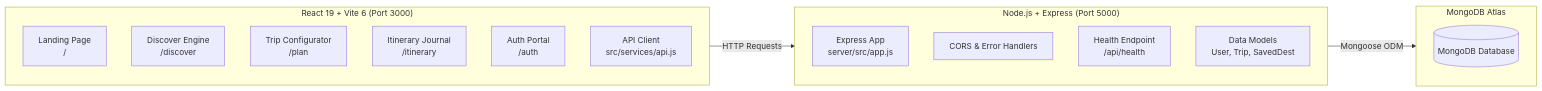
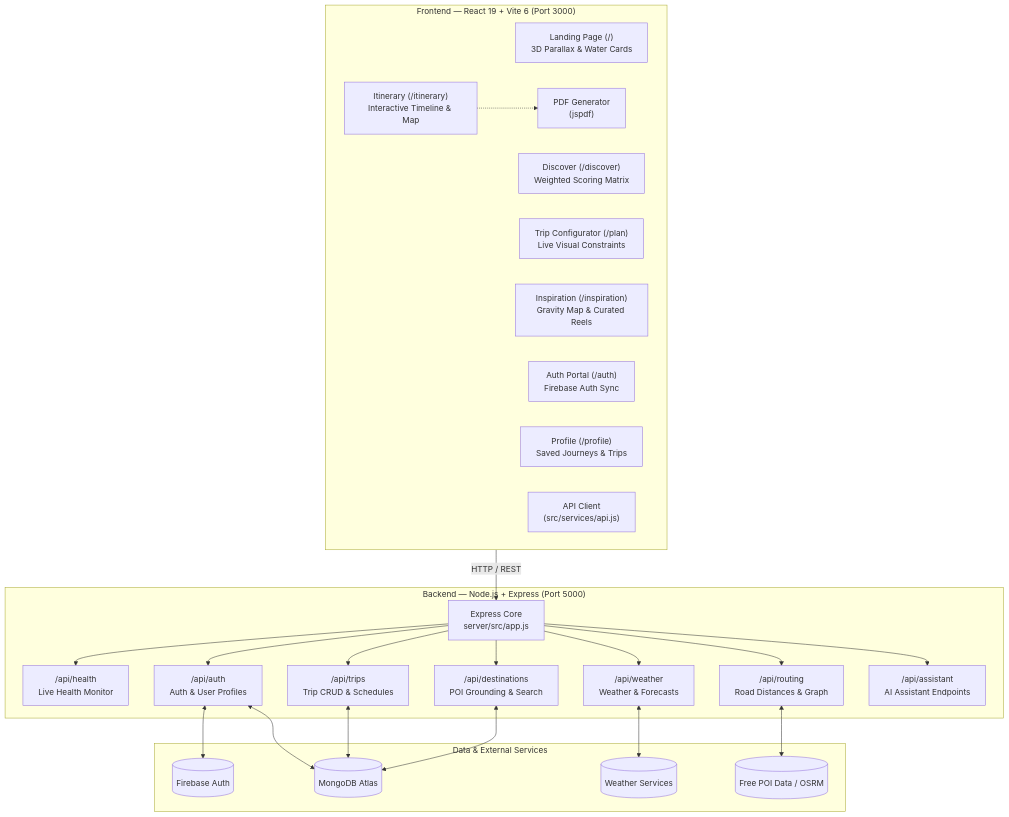
Before and after one commit to NSharp-mahajan/Dastaan: the diagram in README.md, drawn with Mermaid. The commit also changed other lines of this file and 11 other files, not shown here.

````diff
--- a/README.md
+++ b/README.md
@@ -56,25 +138,42 @@
 ```mermaid
-flowchart LR
-    subgraph Frontend ["React 19 + Vite 6 (Port 3000)"]
-      A[Landing Page<br>/] 
-      B[Discover Engine<br>/discover]
-      C[Trip Configurator<br>/plan]
-      D[Itinerary Journal<br>/itinerary]
-      E[Auth Portal<br>/auth]
-      F[API Client<br>src/services/api.js]
+flowchart TD
+    subgraph Client ["Frontend — React 19 + Vite 6 (Port 3000)"]
+      Landing["Landing Page (/)<br>3D Parallax & Water Cards"]
+      Discover["Discover (/discover)<br>Weighted Scoring Matrix"]
+      Plan["Trip Configurator (/plan)<br>Live Visual Constraints"]
+      Itinerary["Itinerary (/itinerary)<br>Interactive Timeline & Map"]
+      Inspiration["Inspiration (/inspiration)<br>Gravity Map & Curated Reels"]
+      AuthView["Auth Portal (/auth)<br>Firebase Auth Sync"]
+      ProfileView["Profile (/profile)<br>Saved Journeys & Trips"]
+      
+      PDF["PDF Generator<br>(jspdf)"]
+      ApiClient["API Client<br>(src/services/api.js)"]
     end
 
-    subgraph Backend ["Node.js + Express (Port 5000)"]
-      G[Express App<br>server/src/app.js]
-      H[CORS & Error Handlers]
-      I[Health Endpoint<br>/api/health]
-      J[Data Models<br>User, Trip, SavedDest]
+    subgraph Server ["Backend — Node.js + Express (Port 5000)"]
+      App["Express Core<br>server/src/app.js"]
+      HealthRouter["/api/health<br>Live Health Monitor"]
+      AuthRouter["/api/auth<br>Auth & User Profiles"]
+      TripRouter["/api/trips<br>Trip CRUD & Schedules"]
+      DestRouter["/api/destinations<br>POI Grounding & Search"]
+      WeatherRouter["/api/weather<br>Weather & Forecasts"]
+      RoutingRouter["/api/routing<br>Road Distances & Graph"]
+      AssistantRouter["/api/assistant<br>AI Assistant Endpoints"]
     end
 
-    subgraph Database ["MongoDB Atlas"]
-      K[(MongoDB Database)]
+    subgraph Persistence ["Data & External Services"]
+      Mongo[(MongoDB Atlas)]
+      Firebase[(Firebase Auth)]
+      OpenMeteo[(Weather Services)]
+      PlacesData[(Free POI Data / OSRM)]
     end
 
-    Frontend -->|HTTP Requests| Backend
-    Backend -->|Mongoose ODM| Database
+    Client -->|HTTP / REST| App
+    Itinerary -.-> PDF
+    App --> HealthRouter & AuthRouter & TripRouter & DestRouter & WeatherRouter & RoutingRouter & AssistantRouter
+    
+    AuthRouter <--> Firebase
+    AuthRouter & TripRouter & DestRouter <--> Mongo
+    WeatherRouter <--> OpenMeteo
+    RoutingRouter <--> PlacesData
 ```
````
